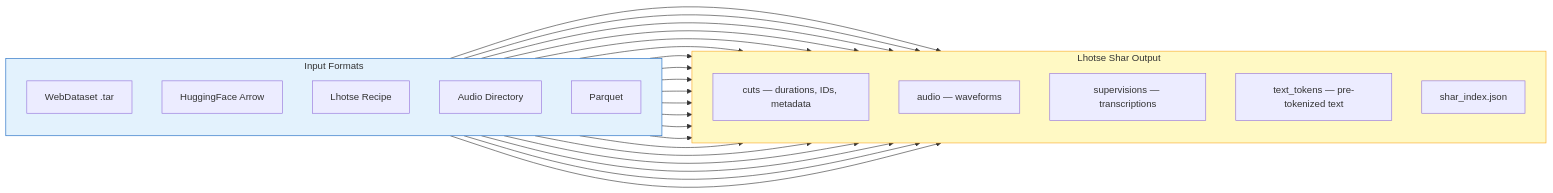
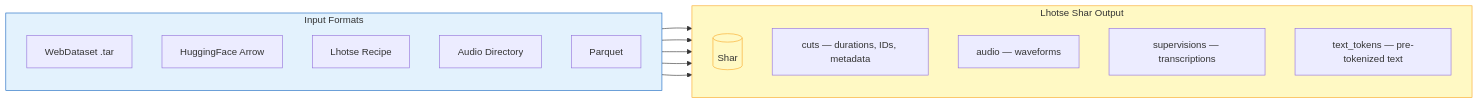
The second of 7 diagrams in audio_tokenization/README.md (swiss-ai/reality-gap), drawn with Mermaid before and after one commit. The commit also changed other lines of this file, not shown here.

````diff
--- a/audio_tokenization/README.md
+++ b/audio_tokenization/README.md
@@ -111,31 +112,32 @@
 ```mermaid
 flowchart LR
     subgraph src["Input Formats"]
         direction TB
         A["WebDataset .tar"]
         B["HuggingFace Arrow"]
         C["Lhotse Recipe"]
         D["Audio Directory"]
         E["Parquet"]
     end
 
+    A & B & C & D & E --> SHAR
+
     subgraph shar["Lhotse Shar Output"]
         direction TB
+        SHAR[("Shar")]
         F["cuts — durations, IDs, metadata"]
         G["audio — waveforms"]
         H["supervisions — transcriptions"]
         I["text_tokens — pre-tokenized text"]
-        J["shar_index.json"]
     end
-
-    A & B & C & D & E --> F & G & H & I
 
     click A href "./utils/prepare_data/prepare_wds_to_shar.py"
     click B href "./utils/prepare_data/prepare_hf_to_shar.py"
     click C href "./utils/prepare_data/prepare_lhotse_recipe_to_shar.py"
     click D href "./utils/prepare_data/prepare_audio_dir_to_shar.py"
     click E href "./utils/prepare_data/prepare_parquet_to_shar.py"
 
     style src fill:#e3f2fd,stroke:#1565C0
     style shar fill:#fff9c4,stroke:#F9A825
+    style SHAR fill:#fff9c4,stroke:#F9A825
 ```
````
